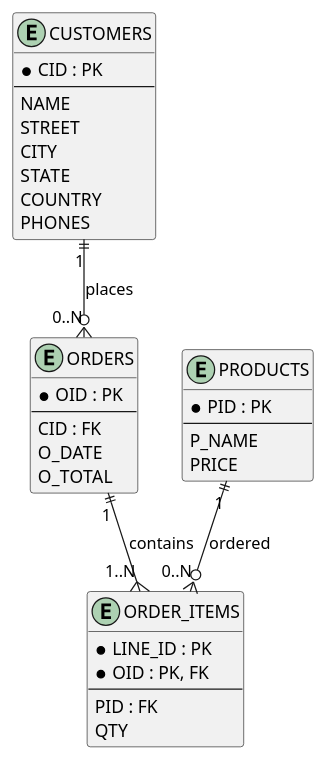
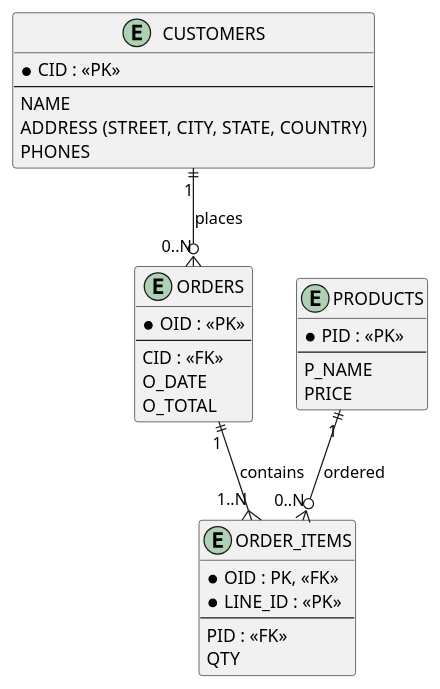
The diagram in 3_assignment_src/entity-relation.puml (Dorfultariant/database-assignments), drawn with PlantUML before and after one commit. The commit also changed 8 other files, not shown here.

Commit message:
Assignment 3: Revised the plantumls and schemas as the original had few issues and missed points, added the discussion with the advantages and disadvantages

```diff
--- a/3_assignment_src/entity-relation.puml
+++ b/3_assignment_src/entity-relation.puml
@@ -1,48 +1,46 @@
 @startuml EntityRelation
 
 '' src: https://pdf.plantuml.net/1.2020.22/PlantUML_Language_Reference_Guide_en.pdf 
 ''      Class Diagram
+'' src: https://onuml.com/blog/plantuml-er-diagram-guide
 
 entity CUSTOMERS {
-  * CID : PK
+  * CID : <<PK>>
   --
   NAME
-  STREET
-  CITY
-  STATE
-  COUNTRY
+  ADDRESS (STREET, CITY, STATE, COUNTRY)
   PHONES
 }
 
 entity ORDERS {
-  * OID : PK
+  * OID : <<PK>>
   --
-  CID : FK
+  CID : <<FK>>
   O_DATE
   O_TOTAL
 }
 
 '' Assuming that OID is a foreign key used with LINE_ID to make the ORDER_ITEMS Primary key
 entity ORDER_ITEMS {
-  * LINE_ID : PK
-  * OID : PK, FK
+  * OID : PK, <<FK>>
+  * LINE_ID : <<PK>>
   --
-  PID : FK
+  PID : <<FK>>
   QTY
 }
 
 entity PRODUCTS {
-  * PID : PK
+  * PID : <<PK>>
   --
   P_NAME
   PRICE
 }
 
 '' one customer can place 0 or more orders
 CUSTOMERS "1" ||--o{ "0..N" ORDERS : places
 '' one order can contain 1 or more order items
 ORDERS "1" ||--{ "1..N" ORDER_ITEMS : contains
 '' one product can be in 0 or more order items
 PRODUCTS "1" ||--o{ "0..N" ORDER_ITEMS : ordered
 
 @enduml
```
